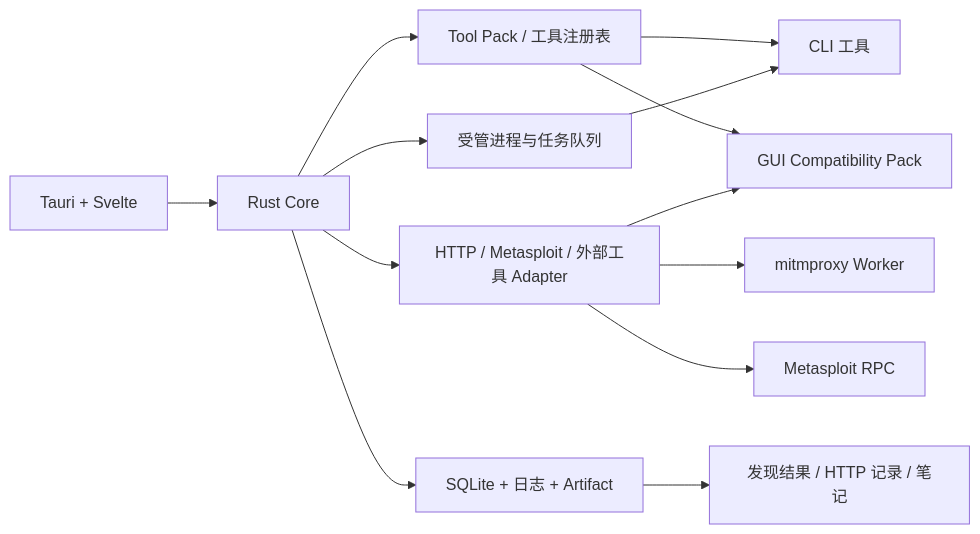
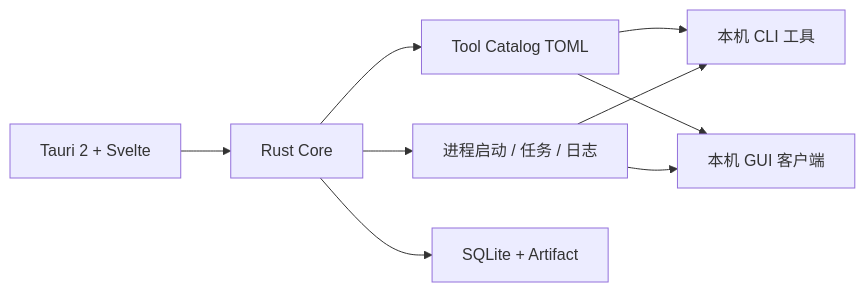
The diagram in README.md (DHKun/flagdeck), drawn with Mermaid before and after one commit. The commit also changed other lines of this file and 41 other files, not shown here.

First line of the commit message:
Add declarative tool catalog workbench for personal CTF workflows.

````diff
--- a/README.md
+++ b/README.md
@@ -49,18 +47,11 @@
 ```mermaid
 flowchart LR
-    UI["Tauri + Svelte"] --> Core["Rust Core"]
-
-    Core --> Registry["Tool Pack / 工具注册表"]
-    Core --> Runner["受管进程与任务队列"]
-    Core --> Adapters["HTTP / Metasploit / 外部工具 Adapter"]
-    Core --> Storage["SQLite + 日志 + Artifact"]
-
-    Registry --> CLI["CLI 工具"]
-    Registry --> GUI["GUI Compatibility Pack"]
+    UI["Tauri 2 + Svelte"] --> Core["Rust Core"]
+    Core --> Catalog["Tool Catalog TOML"]
+    Core --> Runner["进程启动 / 任务 / 日志"]
+    Core --> Storage["SQLite + Artifact"]
+    Catalog --> CLI["本机 CLI 工具"]
+    Catalog --> GUI["本机 GUI 客户端"]
     Runner --> CLI
-    Adapters --> Mitm["mitmproxy Worker"]
-    Adapters --> Msf["Metasploit RPC"]
-    Adapters --> GUI
-
-    Storage --> Results["发现结果 / HTTP 记录 / 笔记"]
+    Runner --> GUI
 ```
````
